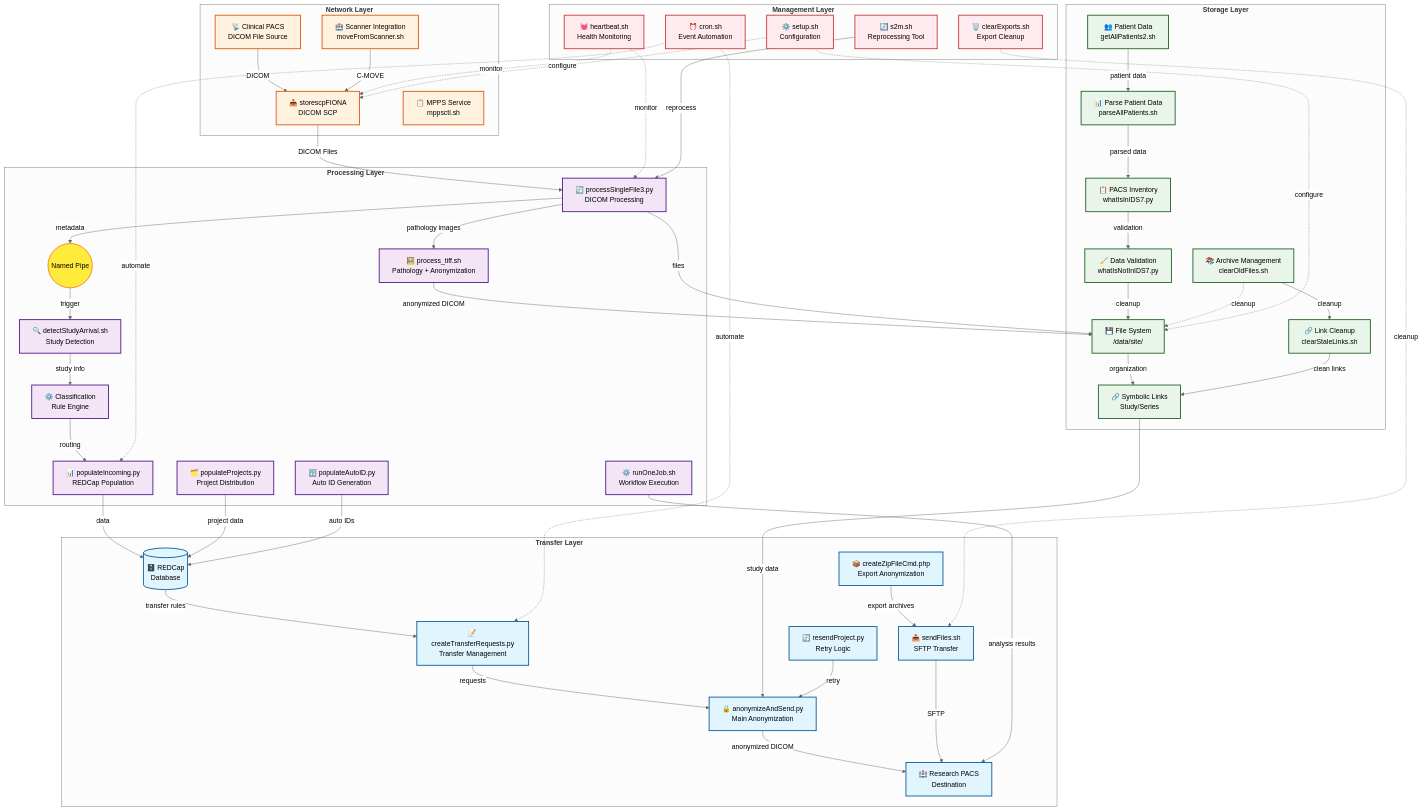
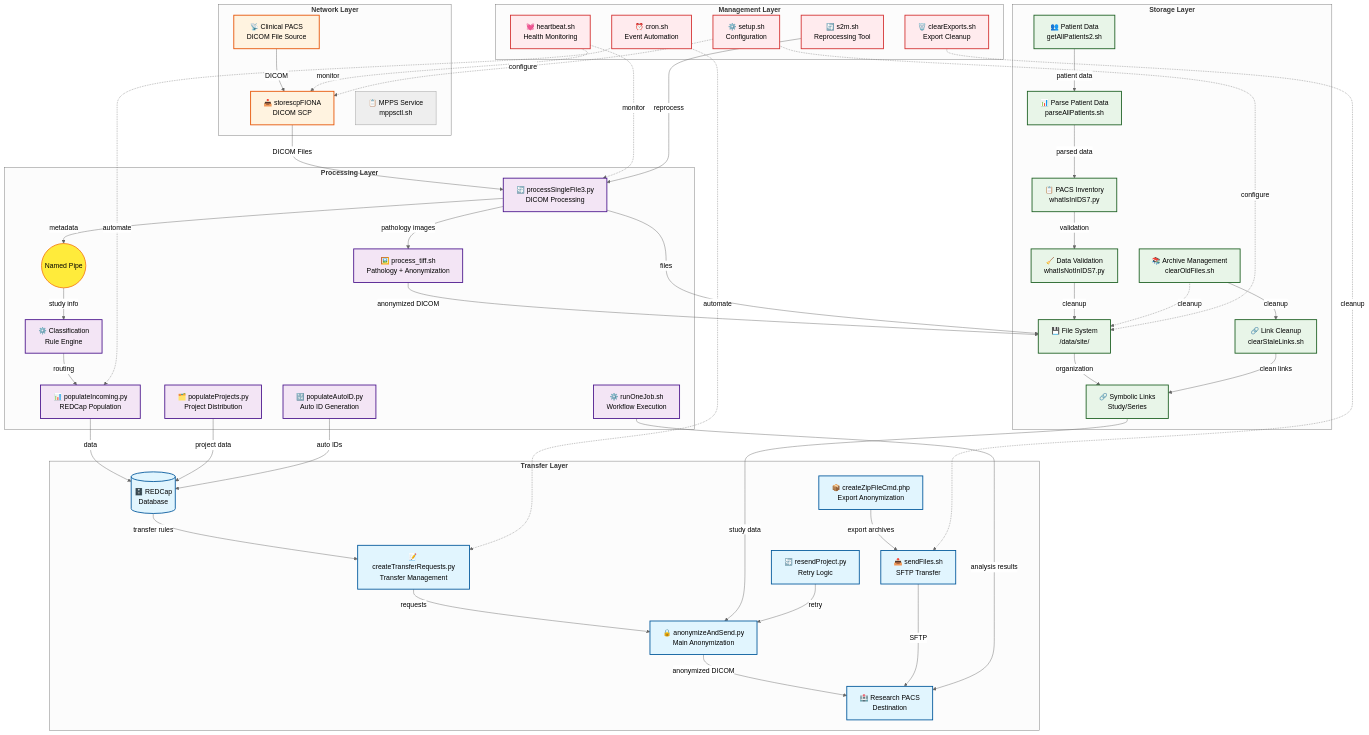
One commit to mmiv-center/FionaDocs changed the first of 3 diagrams in docs/source/Architecture/index.rst. Above: the diagram before and after it, drawn with Mermaid (neutral theme). The commit also changed other lines of this file and 9 other files, not shown here.

```diff
--- a/docs/source/Architecture/index.rst
+++ b/docs/source/Architecture/index.rst
@@ -18,13 +18,11 @@
         subgraph network [" <b>Network Layer</b> "]
             PACS[📡 Clinical PACS<br/>DICOM File Source]
             StoreSCP[📥 storescpFIONA<br/>DICOM SCP]
-            Scanner[🏥 Scanner Integration<br/>moveFromScanner.sh]
             MPPS[📋 MPPS Service<br/>mppsctl.sh]
         end
         
         subgraph processing [" <b>Processing Layer</b> "]
             ProcessFile[🔄 processSingleFile3.py<br/>DICOM Processing]
-            DetectStudy[🔍 detectStudyArrival.sh<br/>Study Detection]
             Classification[⚙️ Classification<br/>Rule Engine]
             ProcessTiff[🖼️ process_tiff.sh<br/>Pathology + Anonymization]
             PopulateIncoming[📊 populateIncoming.py<br/>REDCap Population]
@@ -65,11 +63,9 @@
         
         %% Main Data Flow
         PACS -->|DICOM| StoreSCP
-        Scanner -->|C-MOVE| StoreSCP
         StoreSCP -->|DICOM Files| ProcessFile
         ProcessFile -->|metadata| NamedPipe
-        NamedPipe -->|trigger| DetectStudy
-        DetectStudy -->|study info| Classification
+        NamedPipe -->|study info| Classification
         ProcessFile -->|pathology images| ProcessTiff
         ProcessTiff -->|anonymized DICOM| FileSystem
         Classification -->|routing| PopulateIncoming
@@ -118,8 +114,8 @@
         classDef mgmt fill:#ffebee,stroke:#d32f2f,stroke-width:2px
         classDef pipe fill:#ffeb3b,stroke:#f57f17,stroke-width:2px
         
-        class PACS,StoreSCP,Scanner,MPPS network
-        class ProcessFile,DetectStudy,Classification,ProcessTiff,PopulateIncoming,PopulateProjects,PopulateAutoID,RunJobs process
+        class PACS,StoreSCP network
+        class ProcessFile,Classification,ProcessTiff,PopulateIncoming,PopulateProjects,PopulateAutoID,RunJobs process
         class FileSystem,SymLinks,Archive,Inventory,ValidationCleanup,GetPatients,ParsePatients,StaleLinks storage
         class CreateRequests,Anonymize,CreateZip,SendFiles,ResendProject,ResPACS,REDCap transfer
         class Heartbeat,CronSystem,Setup,ClearExports,S2M mgmt
```
